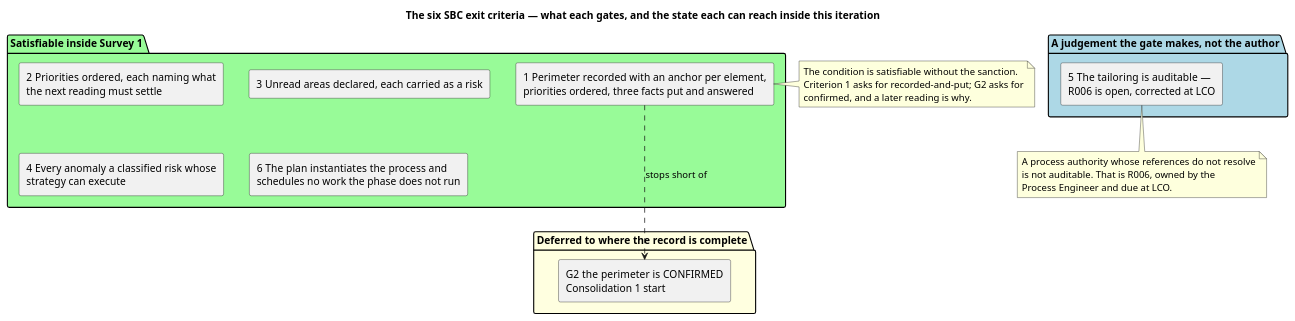
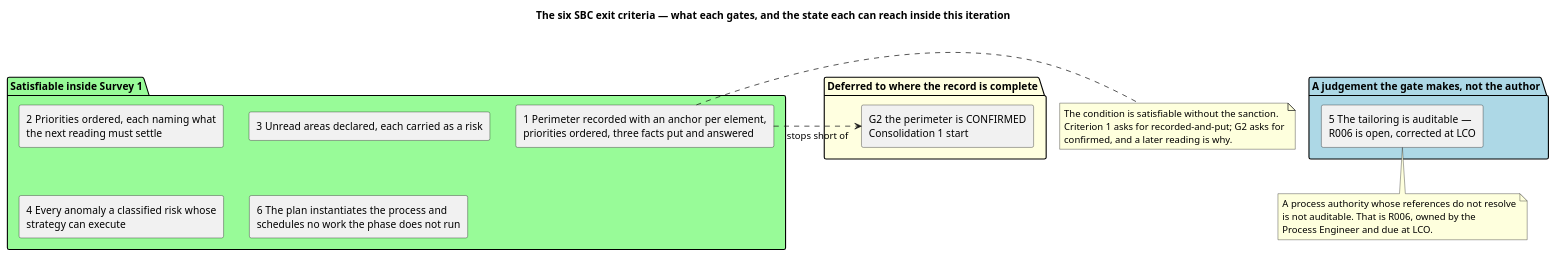
Before and after one commit to banense-test/TodoApp: the fifth of 5 diagrams in docs/artifacts/project-management/iteration-plan.md, drawn with PlantUML.

Commit message:
Project Manager [Survey2]: upsert Iteration Plan
[skip ci]

````diff
--- a/docs/artifacts/project-management/iteration-plan.md
+++ b/docs/artifacts/project-management/iteration-plan.md
@@ -402,36 +402,36 @@
 ```plantuml
 @startuml
 title The six SBC exit criteria — what each gates, and the state each can reach inside this iteration
 skinparam shadowing false
 skinparam componentStyle rectangle
 
 package "Satisfiable inside Survey 1" #PaleGreen {
   component "1  Perimeter recorded with an anchor per element,\npriorities ordered, three facts put and answered" as C1
   component "2  Priorities ordered, each naming what\nthe next reading must settle" as C2
   component "3  Unread areas declared, each carried as a risk" as C3
   component "4  Every anomaly a classified risk whose\nstrategy can execute" as C4
   component "6  The plan instantiates the process and\nschedules no work the phase does not run" as C6
 }
 
 package "A judgement the gate makes, not the author" #LightBlue {
   component "5  The tailoring is auditable —\nR006 is open, corrected at LCO" as C5
 }
 
 package "Deferred to where the record is complete" #LightYellow {
   component "G2  the perimeter is CONFIRMED\nConsolidation 1 start" as G2
 }
 
-C1 -.-> G2 : stops short of
+C1 .> G2 : stops short of
 
 note right of C1
   The condition is satisfiable without the sanction.
   Criterion 1 asks for recorded-and-put; G2 asks for
   confirmed, and a later reading is why.
 end note
 note bottom of C5
   A process authority whose references do not resolve
   is not auditable. That is R006, owned by the
   Process Engineer and due at LCO.
 end note
 @enduml
 ```
````
